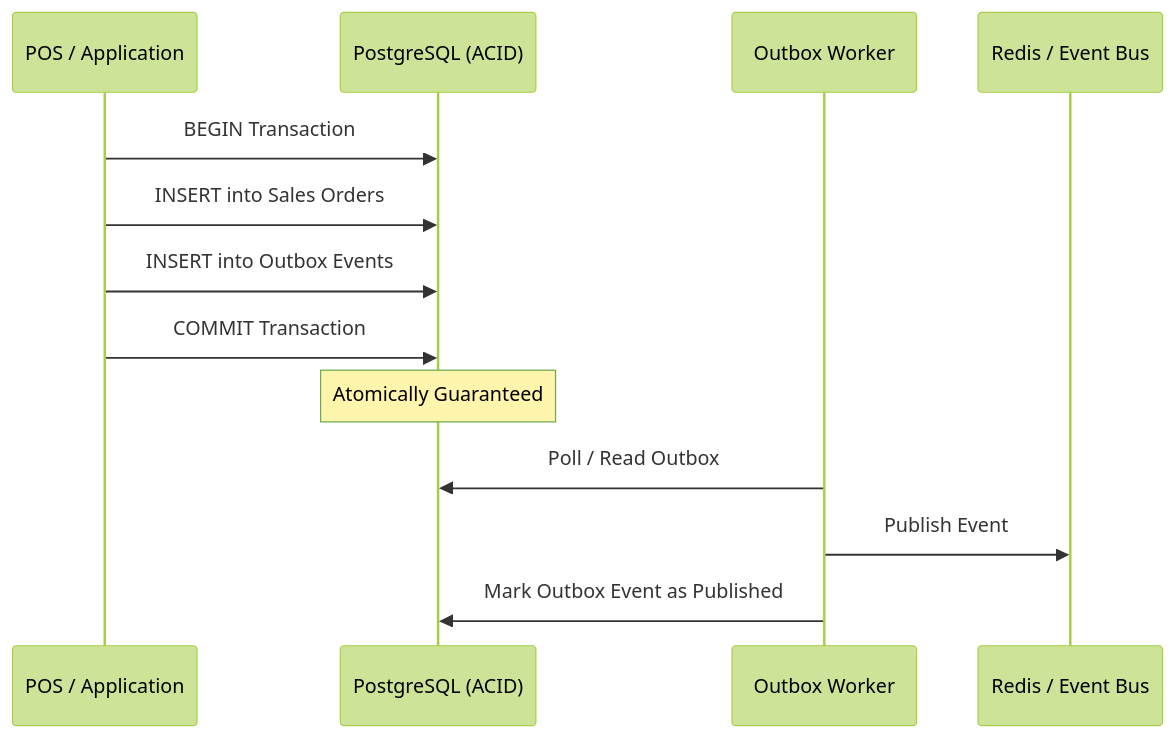
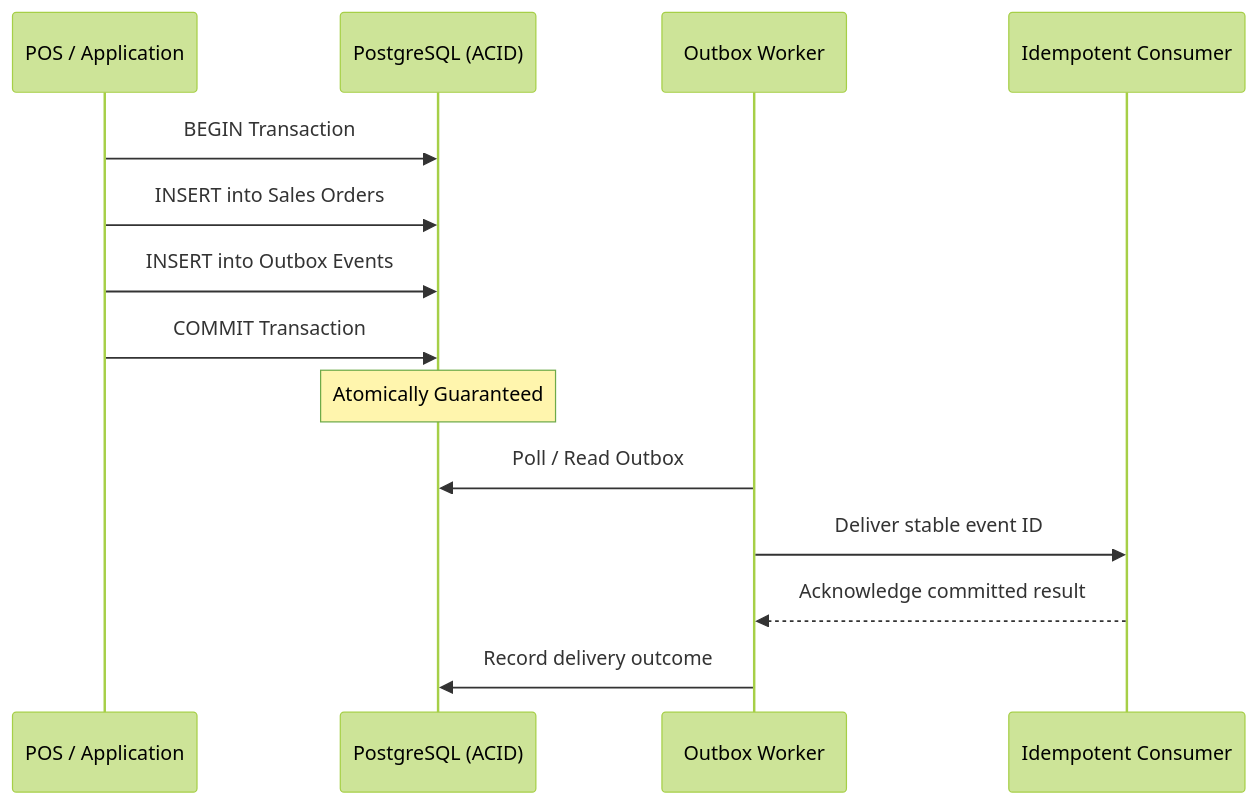
Before and after one commit to uosf19/enterprise-system-design-skill: the diagram in references/11-designing-data-intensive-applications.md, drawn with Mermaid (forest theme). The commit also changed other lines of this file and 18 other files, not shown here.

Commit message:
docs: align architecture skill with ERP recovery workflows

````diff
--- a/references/11-designing-data-intensive-applications.md
+++ b/references/11-designing-data-intensive-applications.md
@@ -30,16 +30,17 @@
 ```mermaid
 sequenceDiagram
     participant API as POS / Application
     participant DB as PostgreSQL (ACID)
     participant Worker as Outbox Worker
-    participant Bus as Redis / Event Bus
+    participant Consumer as Idempotent Consumer
 
     API->>DB: BEGIN Transaction
     API->>DB: INSERT into Sales Orders
     API->>DB: INSERT into Outbox Events
     API->>DB: COMMIT Transaction
     Note over DB: Atomically Guaranteed
     Worker->>DB: Poll / Read Outbox
-    Worker->>Bus: Publish Event
-    Worker->>DB: Mark Outbox Event as Published
+    Worker->>Consumer: Deliver stable event ID
+    Consumer-->>Worker: Acknowledge committed result
+    Worker->>DB: Record delivery outcome
 ```
````
